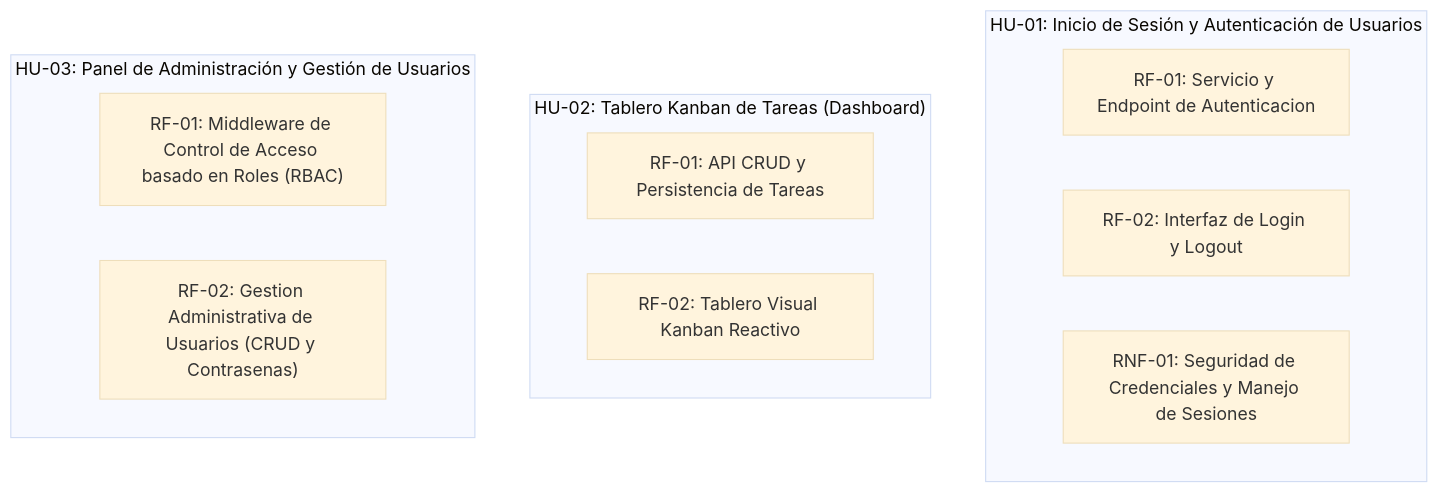
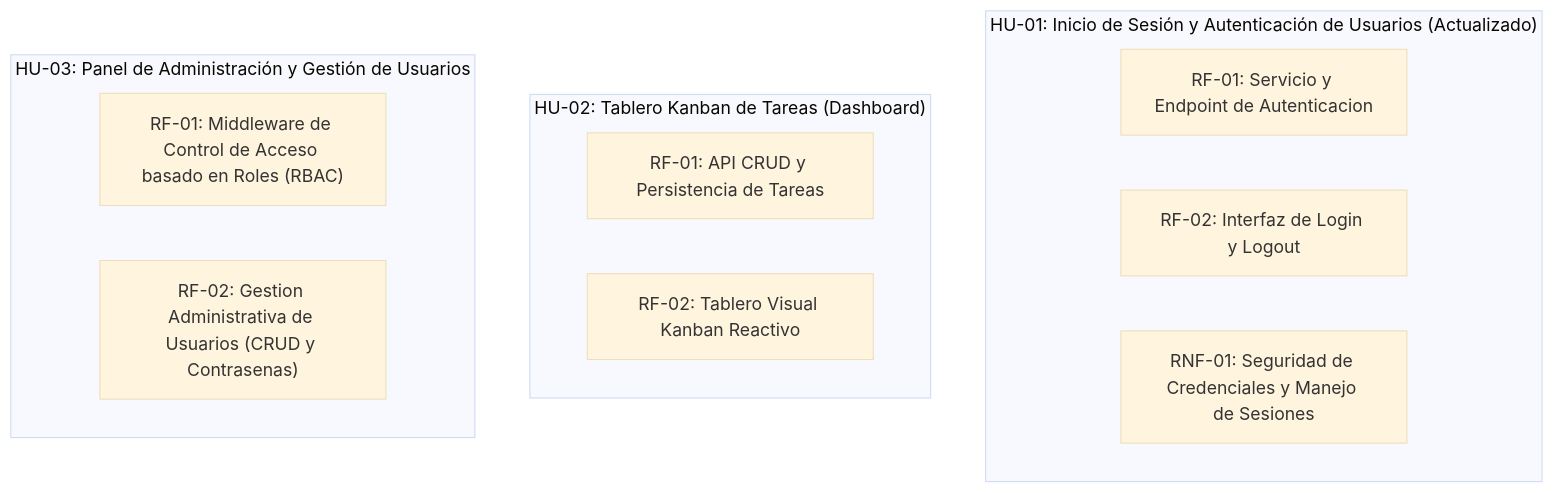
Before and after one commit to fiemcasals/PRUEBA_SCRUM: the diagram in docs/grafo.md, drawn with Mermaid (base theme). The commit also changed other lines of this file, not shown here.

Commit message:
Auto-publish: actualiza docs/grafo.md

````diff
--- a/docs/grafo.md
+++ b/docs/grafo.md
@@ -5,16 +5,16 @@
 ```mermaid
 graph TD
-  subgraph US_1786548038997["HU-01: Inicio de Sesión y Autenticación de Usuarios"]
+  subgraph US_1786548038997["HU-01: Inicio de Sesión y Autenticación de Usuarios (Actualizado)"]
     REQ_1786550047158["RF-01: Servicio y Endpoint de Autenticacion"]
     REQ_1786550047244["RF-02: Interfaz de Login y Logout"]
     REQ_1786550047330["RNF-01: Seguridad de Credenciales y Manejo de Sesiones"]
   end
   subgraph US_1786548041528["HU-02: Tablero Kanban de Tareas (Dashboard)"]
     REQ_1786550047416["RF-01: API CRUD y Persistencia de Tareas"]
     REQ_1786550047501["RF-02: Tablero Visual Kanban Reactivo"]
   end
   subgraph US_1786548043984["HU-03: Panel de Administración y Gestión de Usuarios"]
     REQ_1786550047567["RF-01: Middleware de Control de Acceso basado en Roles (RBAC)"]
     REQ_1786550047637["RF-02: Gestion Administrativa de Usuarios (CRUD y Contrasenas)"]
   end
 ```
````
